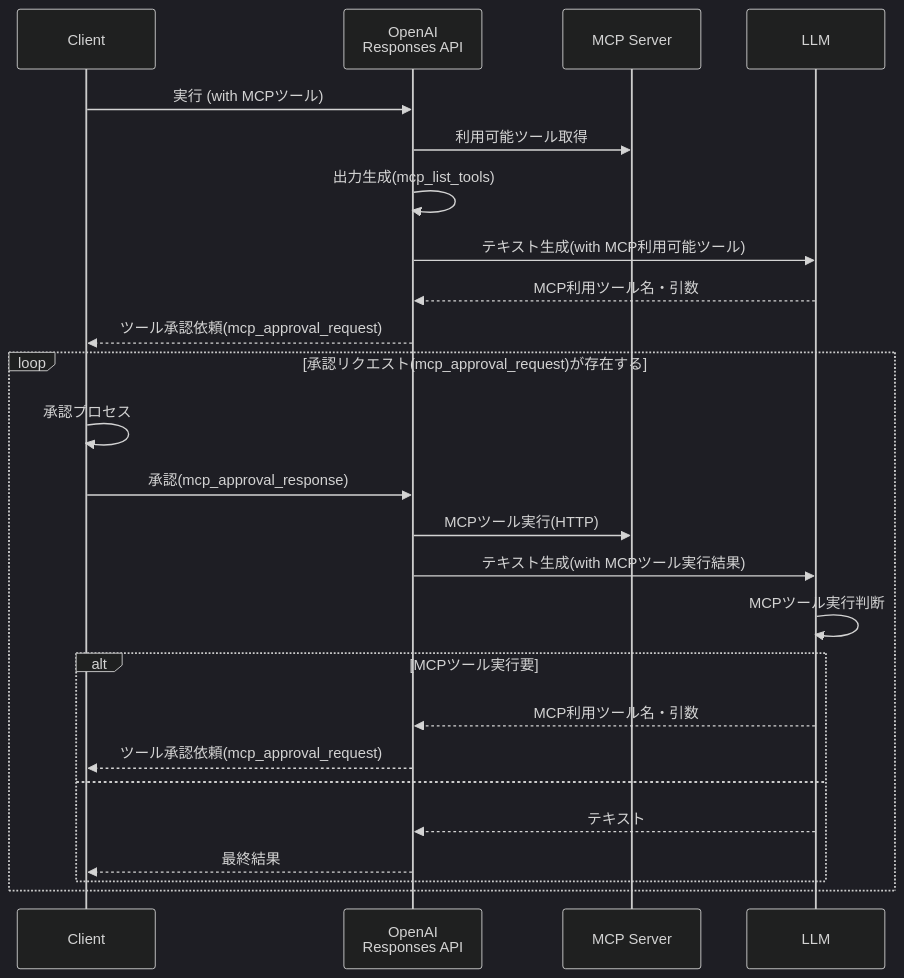
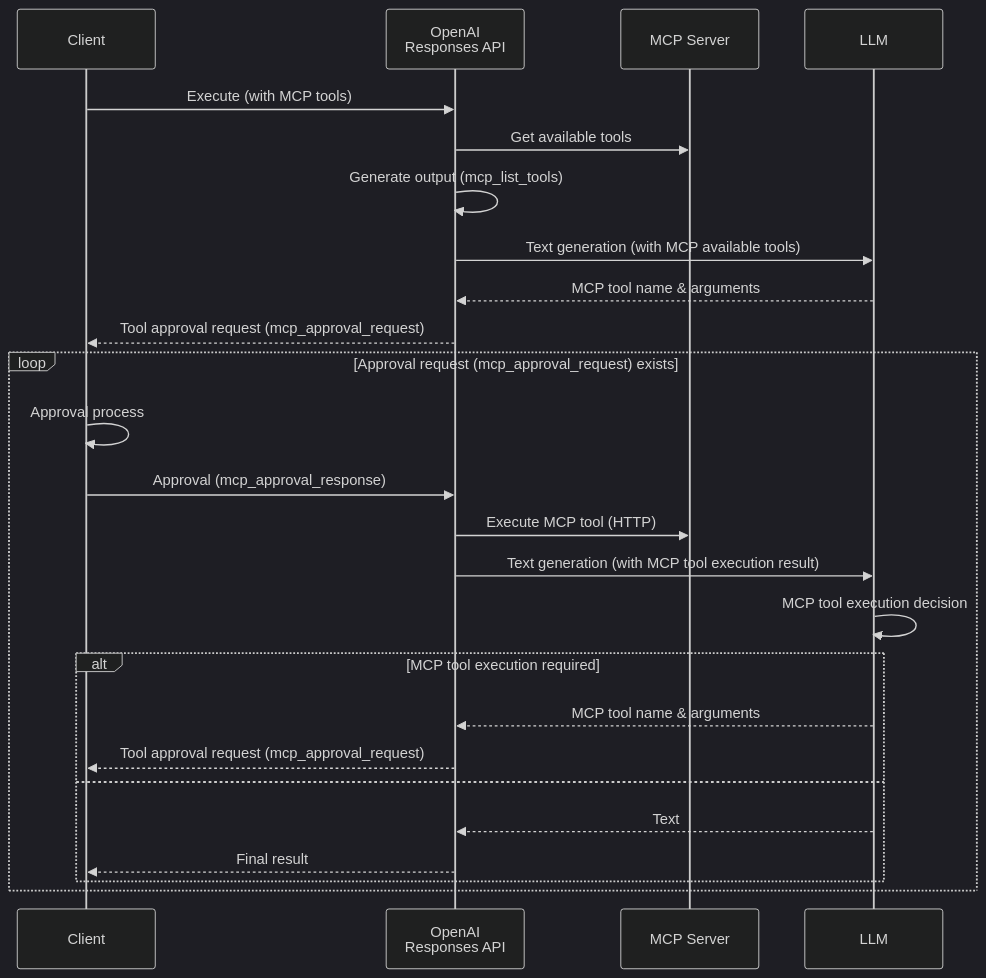
Before and after one commit to mamezou-tech/mamezou-tech-site: the diagram in src/en/posts/blogs/2025/0601_openai-new-tools-mcp-image-code.md, drawn with Mermaid (dark theme). The commit also changed other lines of this file, not shown here.

````diff
--- a/src/en/posts/blogs/2025/0601_openai-new-tools-mcp-image-code.md
+++ b/src/en/posts/blogs/2025/0601_openai-new-tools-mcp-image-code.md
@@ -139,27 +139,27 @@
 ```mermaid
 sequenceDiagram
     participant C as Client
     participant R as OpenAI<br>Responses API
     participant S as MCP Server
     participant LLM
-    C ->> R: 実行 (with MCPツール)
-    R ->> S: 利用可能ツール取得
-    R ->> R: 出力生成(mcp_list_tools)
-    R ->> LLM: テキスト生成(with MCP利用可能ツール)
-    LLM -->> R: MCP利用ツール名・引数
-    R -->> C: ツール承認依頼(mcp_approval_request)
-    loop 承認リクエスト(mcp_approval_request)が存在する
-        C ->> C: 承認プロセス
-        C ->> R: 承認(mcp_approval_response)
-        R ->> S: MCPツール実行(HTTP)
-        R ->> LLM: テキスト生成(with MCPツール実行結果)
-        LLM ->> LLM: MCPツール実行判断
-        alt MCPツール実行要
-            LLM -->> R: MCP利用ツール名・引数
-            R -->> C: ツール承認依頼(mcp_approval_request)
+    C ->> R: Execute (with MCP tools)
+    R ->> S: Get available tools
+    R ->> R: Generate output (mcp_list_tools)
+    R ->> LLM: Text generation (with MCP available tools)
+    LLM -->> R: MCP tool name & arguments
+    R -->> C: Tool approval request (mcp_approval_request)
+    loop Approval request (mcp_approval_request) exists
+        C ->> C: Approval process
+        C ->> R: Approval (mcp_approval_response)
+        R ->> S: Execute MCP tool (HTTP)
+        R ->> LLM: Text generation (with MCP tool execution result)
+        LLM ->> LLM: MCP tool execution decision
+        alt MCP tool execution required
+            LLM -->> R: MCP tool name & arguments
+            R -->> C: Tool approval request (mcp_approval_request)
         else
-            LLM -->> R: テキスト
-            R -->> C: 最終結果
+            LLM -->> R: Text
+            R -->> C: Final result
         end
     end
 ```
````
